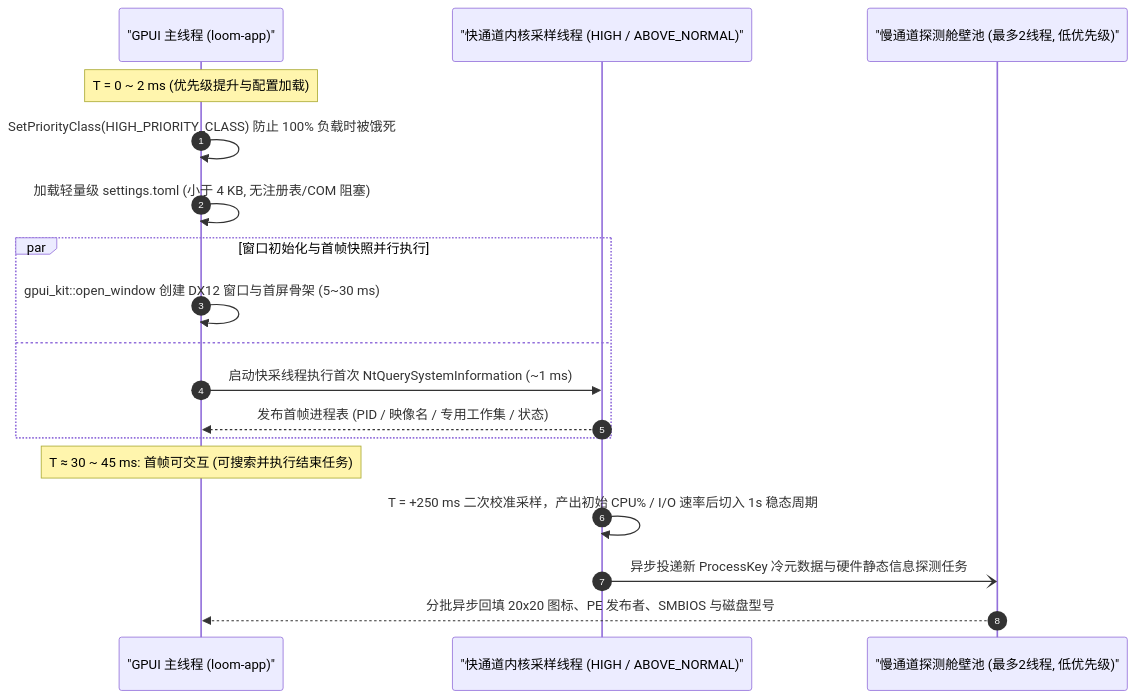
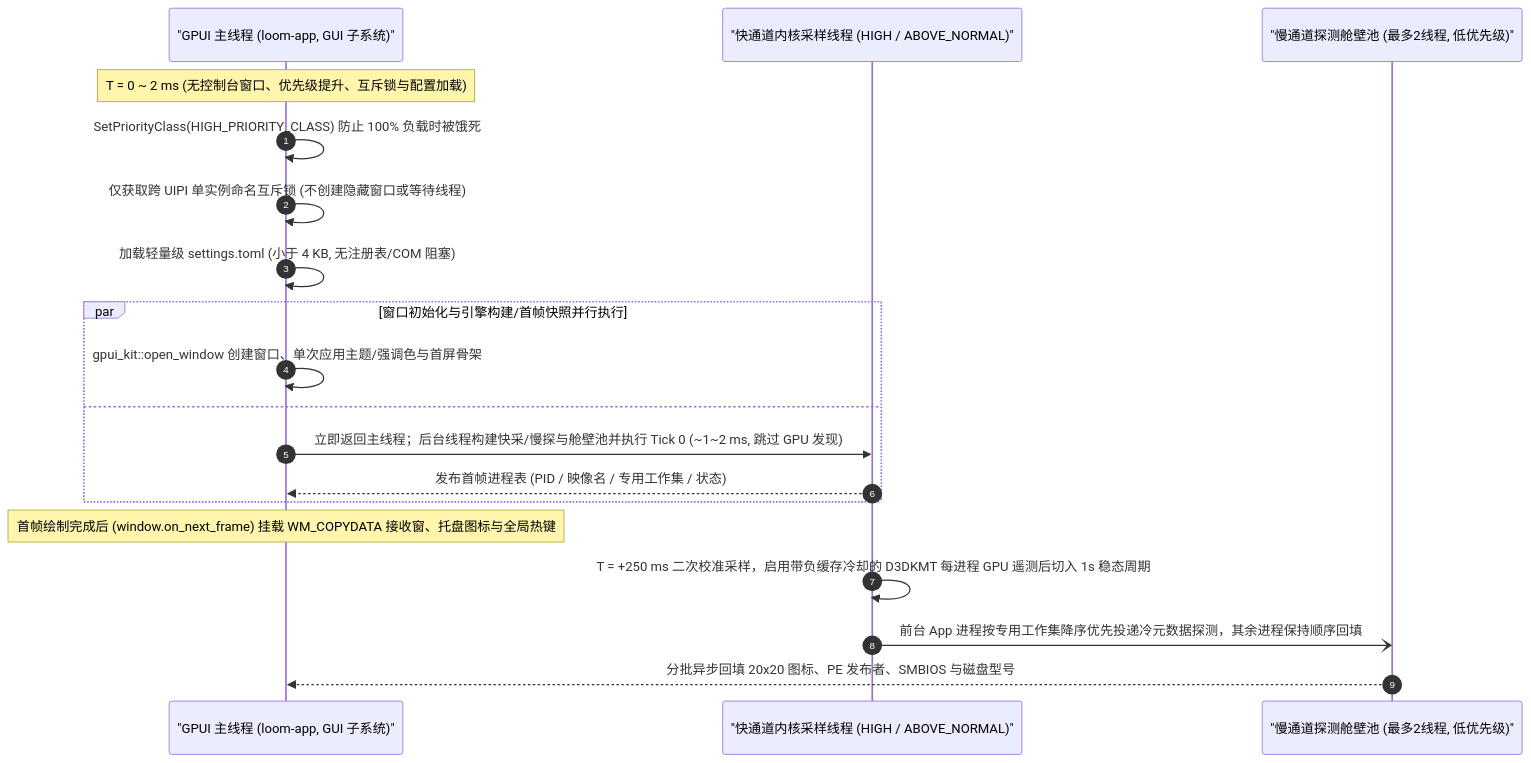
Before and after one commit to wangdiandao/Loom: the first of 3 diagrams in docs/architecture.zh.md, drawn with Mermaid. The commit also changed other lines of this file and 17 other files, not shown here.

First line of the commit message:
feat(startup): optimize cold start, defer post-frame shell init, and accelerate fast-lane GPU scans (#87)

````diff
--- a/docs/architecture.zh.md
+++ b/docs/architecture.zh.md
@@ -38,21 +38,22 @@
 ```mermaid
 sequenceDiagram
     autonumber
-    participant Main as "GPUI 主线程 (loom-app)"
+    participant Main as "GPUI 主线程 (loom-app, GUI 子系统)"
     participant Fast as "快通道内核采样线程 (HIGH / ABOVE_NORMAL)"
     participant Slow as "慢通道探测舱壁池 (最多2线程, 低优先级)"
 
-    Note over Main: T = 0 ~ 2 ms (优先级提升与配置加载)
+    Note over Main: T = 0 ~ 2 ms (无控制台窗口、优先级提升、互斥锁与配置加载)
     Main->>Main: SetPriorityClass(HIGH_PRIORITY_CLASS) 防止 100% 负载时被饿死
+    Main->>Main: 仅获取跨 UIPI 单实例命名互斥锁 (不创建隐藏窗口或等待线程)
     Main->>Main: 加载轻量级 settings.toml (小于 4 KB, 无注册表/COM 阻塞)
-    par 窗口初始化与首帧快照并行执行
-        Main->>Main: gpui_kit::open_window 创建 DX12 窗口与首屏骨架 (5~30 ms)
+    par 窗口初始化与引擎构建/首帧快照并行执行
+        Main->>Main: gpui_kit::open_window 创建窗口、单次应用主题/强调色与首屏骨架
     and
-        Main->>Fast: 启动快采线程执行首次 NtQuerySystemInformation (~1 ms)
+        Main->>Fast: 立即返回主线程；后台线程构建快采/慢探与舱壁池并执行 Tick 0 (~1~2 ms, 跳过 GPU 发现)
         Fast-->>Main: 发布首帧进程表 (PID / 映像名 / 专用工作集 / 状态)
     end
-    Note over Main: T ≈ 30 ~ 45 ms: 首帧可交互 (可搜索并执行结束任务)
-    Fast->>Fast: T = +250 ms 二次校准采样，产出初始 CPU% / I/O 速率后切入 1s 稳态周期
-    Fast-)Slow: 异步投递新 ProcessKey 冷元数据与硬件静态信息探测任务
+    Note over Main: 首帧绘制完成后 (window.on_next_frame) 挂载 WM_COPYDATA 接收窗、托盘图标与全局热键
+    Fast->>Fast: T = +250 ms 二次校准采样，启用带负缓存冷却的 D3DKMT 每进程 GPU 遥测后切入 1s 稳态周期
+    Fast-)Slow: 前台 App 进程按专用工作集降序优先投递冷元数据探测，其余进程保持顺序回填
     Slow-->>Main: 分批异步回填 20x20 图标、PE 发布者、SMBIOS 与磁盘型号
 ```
````
